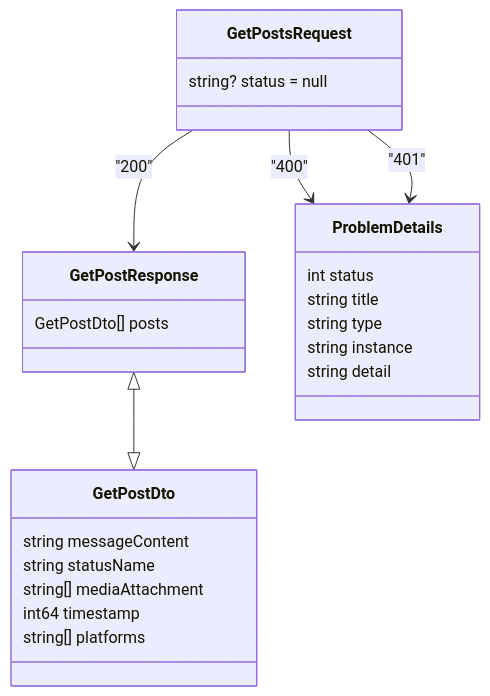
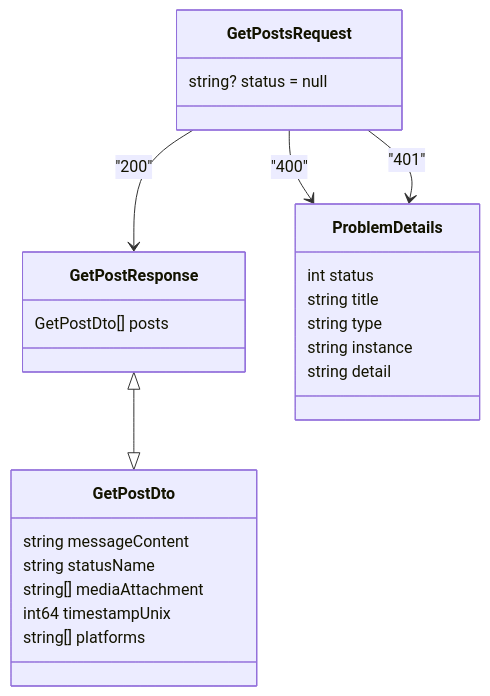
The diagram in documentation/json_contracts/post_contracts/get_posts.md (JKMN-Projects/ripple_sync_backend), drawn with Mermaid before and after one commit. The commit also changed 16 other files, not shown here.

````diff
--- a/documentation/json_contracts/post_contracts/get_posts.md
+++ b/documentation/json_contracts/post_contracts/get_posts.md
@@ -5,31 +5,31 @@
 ``` mermaid
 classDiagram
     class GetPostsRequest {
         string? status = null
     }
 
     class GetPostResponse {
         GetPostDto[] posts
     }
 
     class GetPostDto {
         string messageContent
         string statusName
         string[] mediaAttachment
-        int64 timestamp
+        int64 timestampUnix
         string[] platforms
     }
 
     class ProblemDetails {
         int status
         string title
         string type
         string instance
         string detail
     }
 
     GetPostResponse <|--|> GetPostDto
     GetPostsRequest --> GetPostResponse : "200"
     GetPostsRequest --> ProblemDetails : "400"
     GetPostsRequest --> ProblemDetails : "401"
 ```
````
